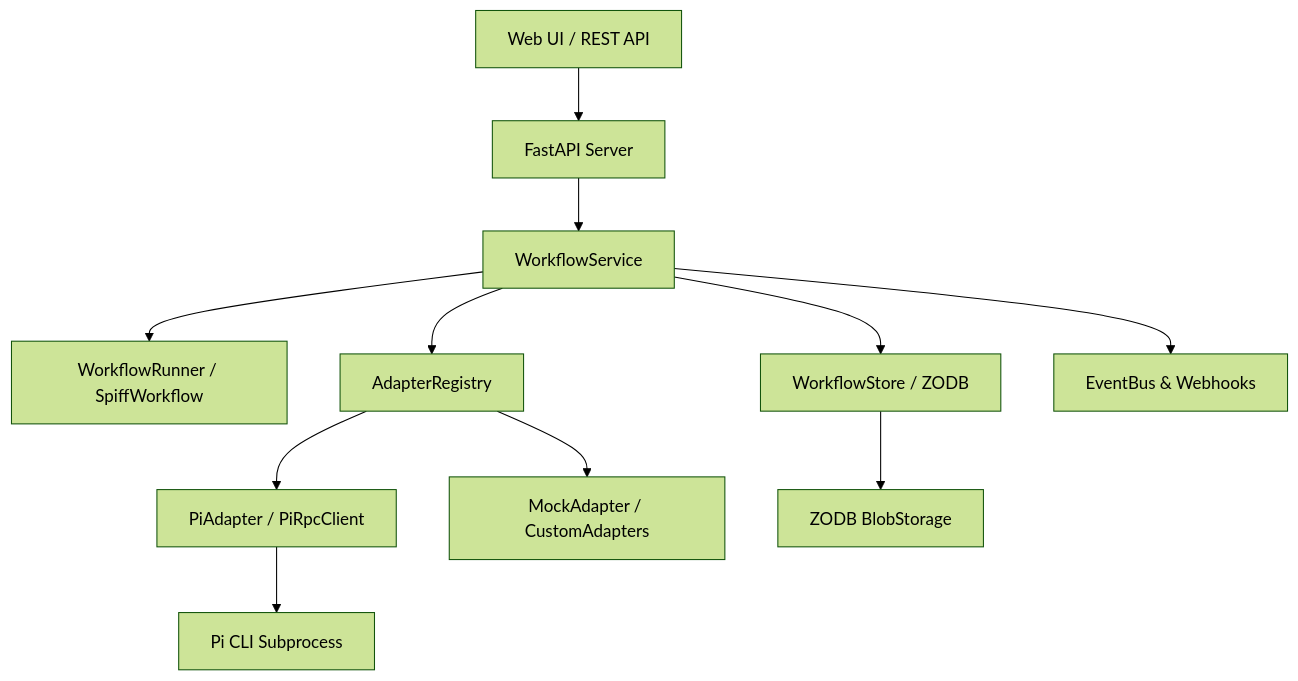
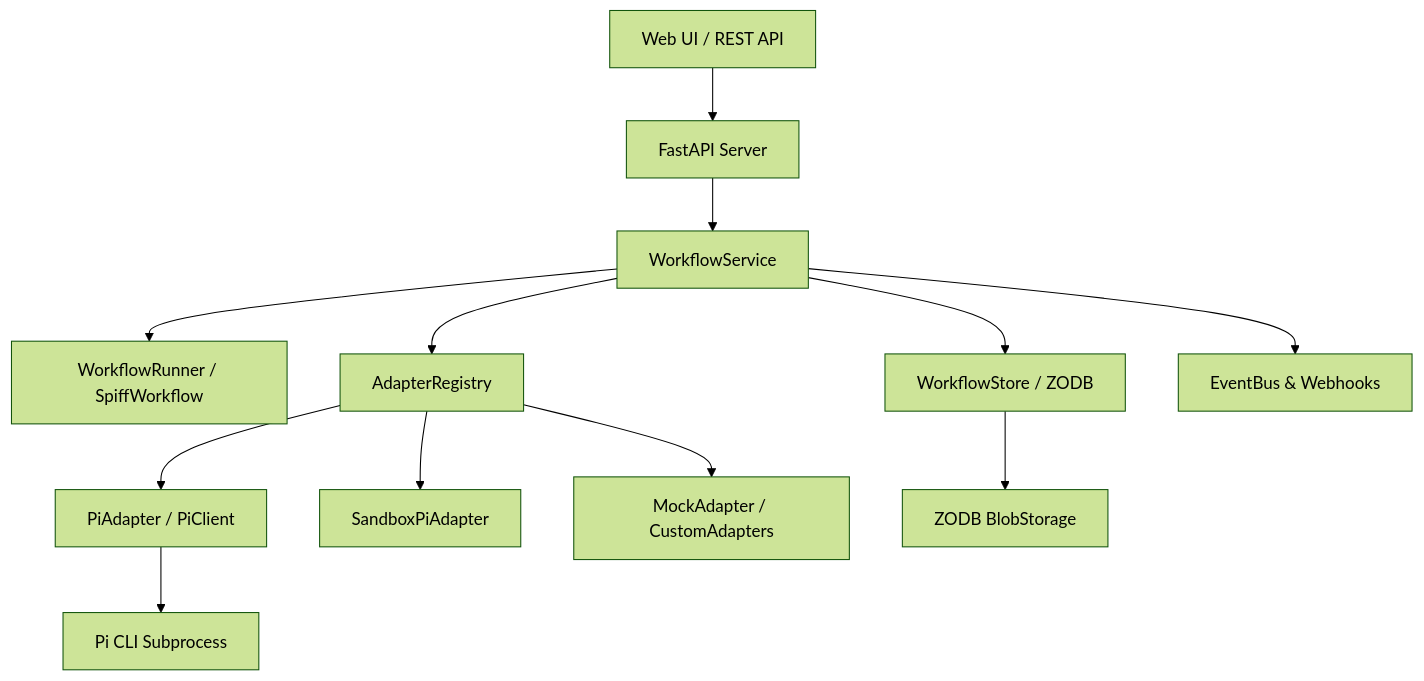
One commit to datakurre/bpmn-iteration-playground changed the diagram in docs/architecture.md. Above: the diagram before and after it, drawn with Mermaid (forest theme). The commit also changed other lines of this file and 64 other files, not shown here.

````diff
--- a/docs/architecture.md
+++ b/docs/architecture.md
@@ -5,13 +5,14 @@
 ```mermaid
 flowchart TD
     Client[Web UI / REST API] --> Server[FastAPI Server]
     Server --> Service[WorkflowService]
     Service --> Runner[WorkflowRunner / SpiffWorkflow]
     Service --> Registry[AdapterRegistry]
-    Registry --> PiAdapter[PiAdapter / PiRpcClient]
+    Registry --> PiAdapter[PiAdapter / PiClient]
+    Registry --> SandboxAdapter[SandboxPiAdapter]
     Registry --> MockAdapter[MockAdapter / CustomAdapters]
     PiAdapter --> Subprocess[Pi CLI Subprocess]
     Service --> Store[WorkflowStore / ZODB]
     Store --> Blobs[ZODB BlobStorage]
     Service --> EventBus[EventBus & Webhooks]
 ```
````
